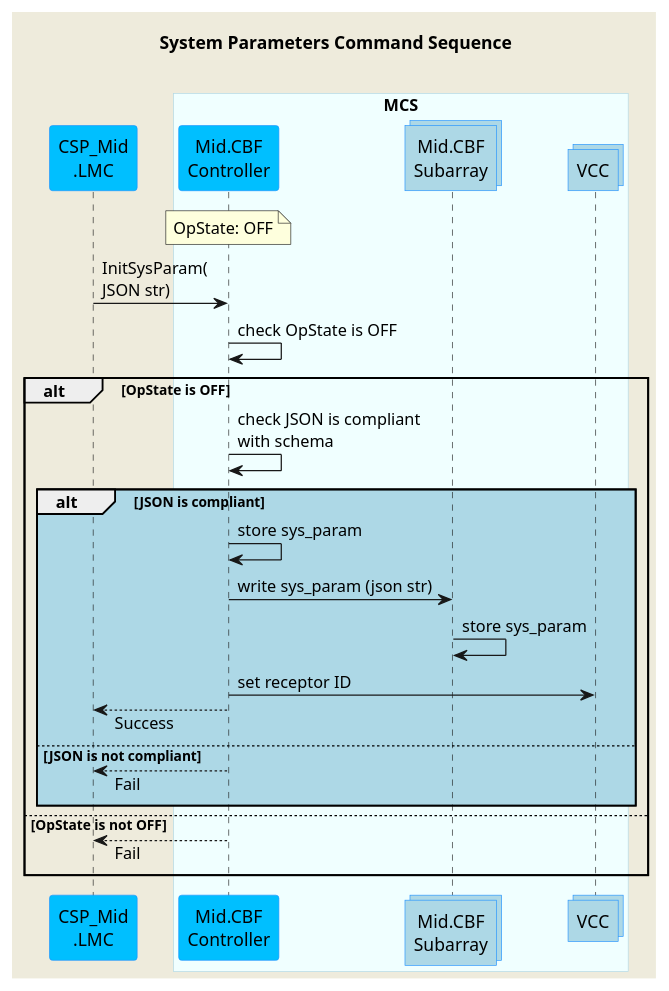
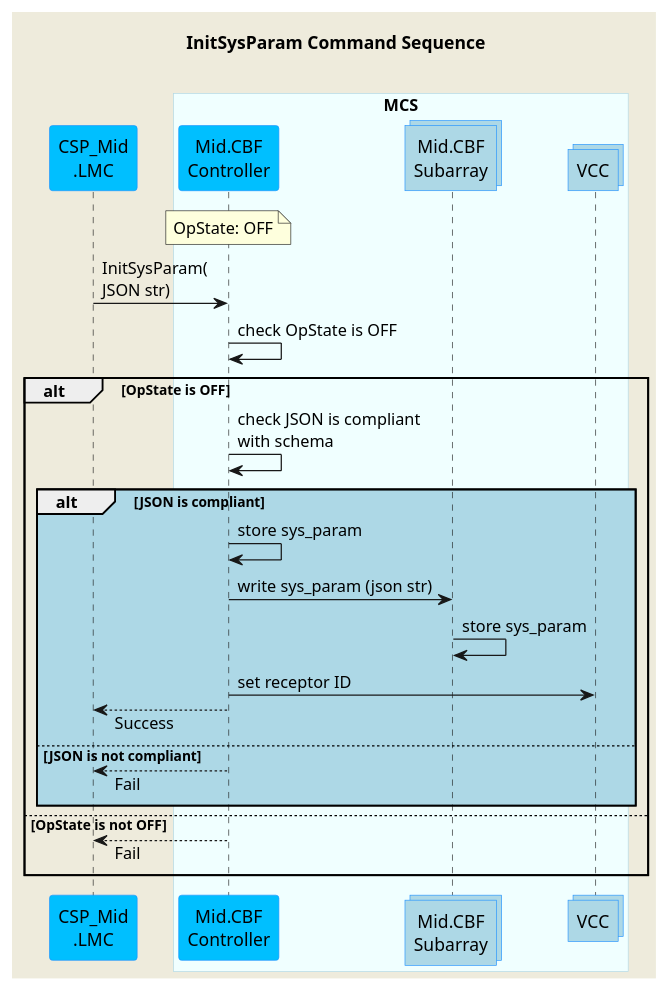
The diagram in docs/src/diagrams/initsysparam-command.puml (ska-telescope/mid-cbf-mcs), drawn with PlantUML before and after one commit.

Commit message:
CIP-1759 Change sequence diagram title

```diff
--- a/docs/src/diagrams/initsysparam-command.puml
+++ b/docs/src/diagrams/initsysparam-command.puml
@@ -1,48 +1,48 @@
 @startuml
 'https://plantuml.com/sequence-diagram
 skinparam backgroundColor #EEEBDC
 skinparam sequence {
 ParticipantBorderColor DodgerBlue
 ParticipantBackgroundColor DeepSkyBlue
 ActorBorderColor DarkGreen
 ActorBackgroundColor Green
 BoxBorderColor LightBlue
 BoxBackgroundColor #F0FFFF
 }
 skinparam collections {
   BackGroundColor LightBlue
   BorderColor DodgerBlue
 }
 skinparam responseMessageBelowArrow true
 
-title System Parameters Command Sequence\n
+title InitSysParam Command Sequence\n
 
 participant "CSP_Mid\n.LMC" as lmc
 
 box "MCS"
 participant "Mid.CBF\nController" as control
 collections "Mid.CBF\nSubarray" as subarray
 collections "VCC" as vcc
 end box
 
 note over control                 : OpState: OFF
 lmc          -> control           : InitSysParam(\nJSON str)
 control      -> control           : check OpState is OFF
 
 alt OpState is OFF
 control      -> control           : check JSON is compliant \nwith schema
 
 alt #LightBlue JSON is compliant
 control      -> control           : store sys_param
 control      -> subarray          : write sys_param (json str)
 subarray     -> subarray          : store sys_param
 control      -> vcc               : set receptor ID
 lmc         <-- control           : Success
 else JSON is not compliant
 lmc         <-- control           : Fail
 end
 
 else OpState is not OFF
 lmc         <-- control           : Fail
 end
 @enduml
```
